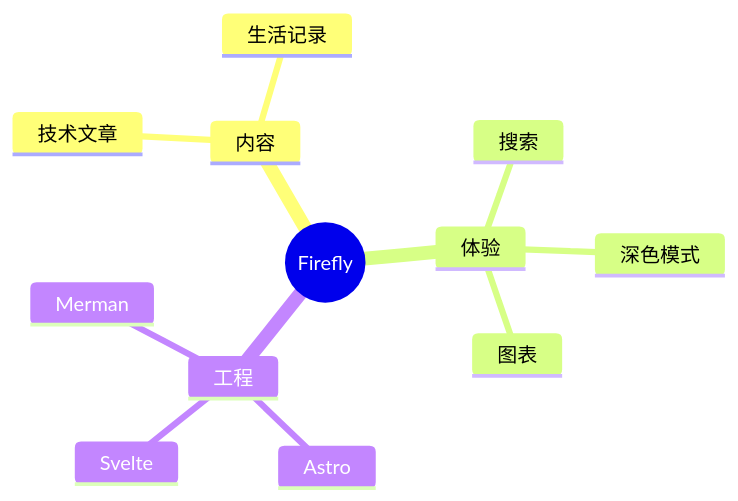
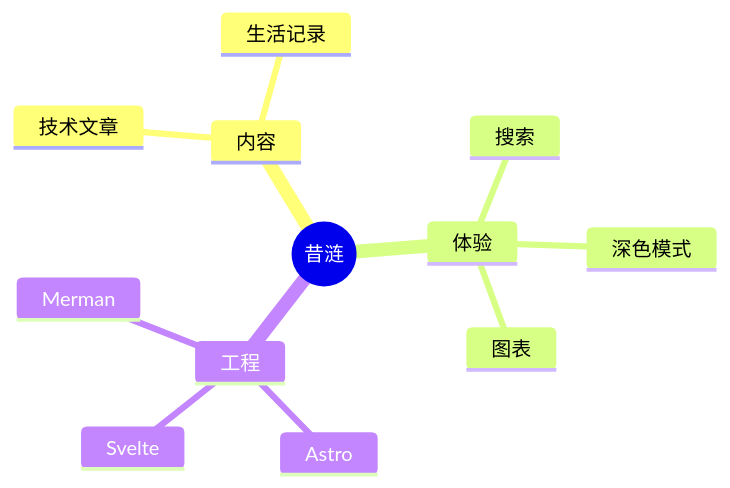
Before and after one commit to aozorae/cyrene-blog: the ninth of 14 diagrams in src/content/posts/markdown-mermaid.md, drawn with Mermaid. The commit also changed other lines of this file and 38 other files, not shown here.

````diff
--- a/src/content/posts/markdown-mermaid.md
+++ b/src/content/posts/markdown-mermaid.md
@@ -232,15 +232,15 @@
 ```mermaid
 mindmap
-  root((Firefly))
+  root((昔涟))
     内容
       技术文章
       生活记录
     体验
       搜索
       深色模式
       图表
     工程
       Astro
       Svelte
       Merman
 ```
````
